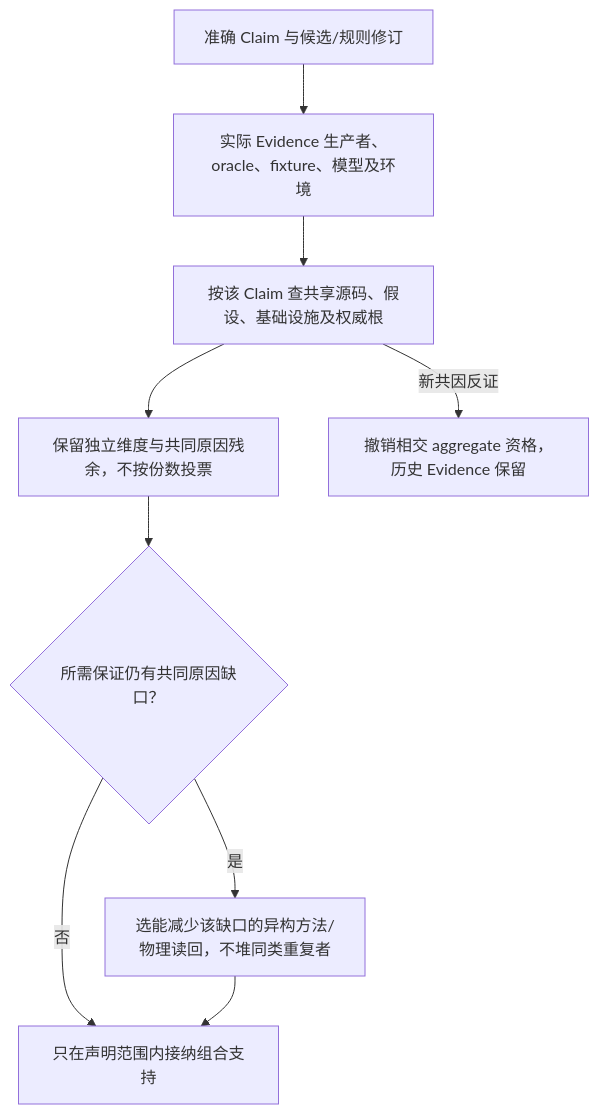
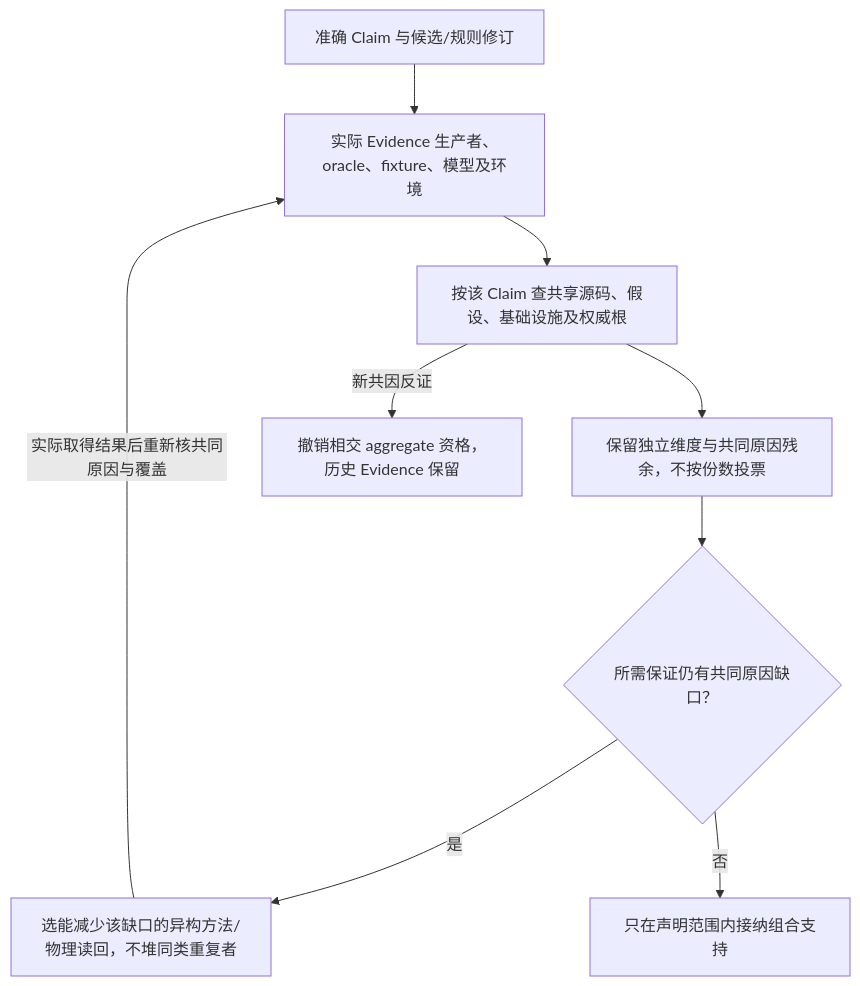
One commit to sec-platform/sec changed the first of 9 diagrams in docs/作者/共同语义关系.md. Above: the diagram before and after it, drawn with Mermaid. The commit also changed other lines of this file and 122 other files, not shown here.

First line of the commit message:
docs: unify system diagrams and remove redundant design text (#882)

````diff
--- a/docs/作者/共同语义关系.md
+++ b/docs/作者/共同语义关系.md
@@ -133,11 +133,11 @@
 ```mermaid
 flowchart TB
   claim["准确 Claim 与候选/规则修订"] --> evidence["实际 Evidence 生产者、oracle、fixture、模型及环境"]
   evidence --> causes["按该 Claim 查共享源码、假设、基础设施及权威根"]
   causes --> assess["保留独立维度与共同原因残余，不按份数投票"]
   assess --> mitigation{"所需保证仍有共同原因缺口？"}
   mitigation -->|是| heterogeneous["选能减少该缺口的异构方法/物理读回，不堆同类重复者"]
   mitigation -->|否| qualified["只在声明范围内接纳组合支持"]
-  heterogeneous --> qualified
+  heterogeneous -->|实际取得结果后重新核共同原因与覆盖| evidence
   causes -->|新共因反证| downgrade["撤销相交 aggregate 资格，历史 Evidence 保留"]
 ```
````
